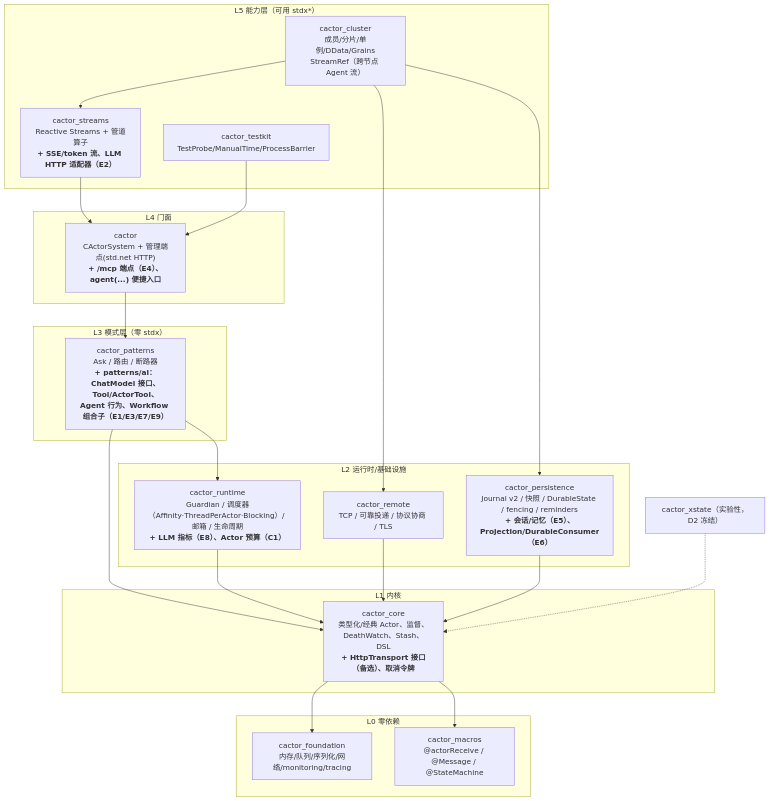
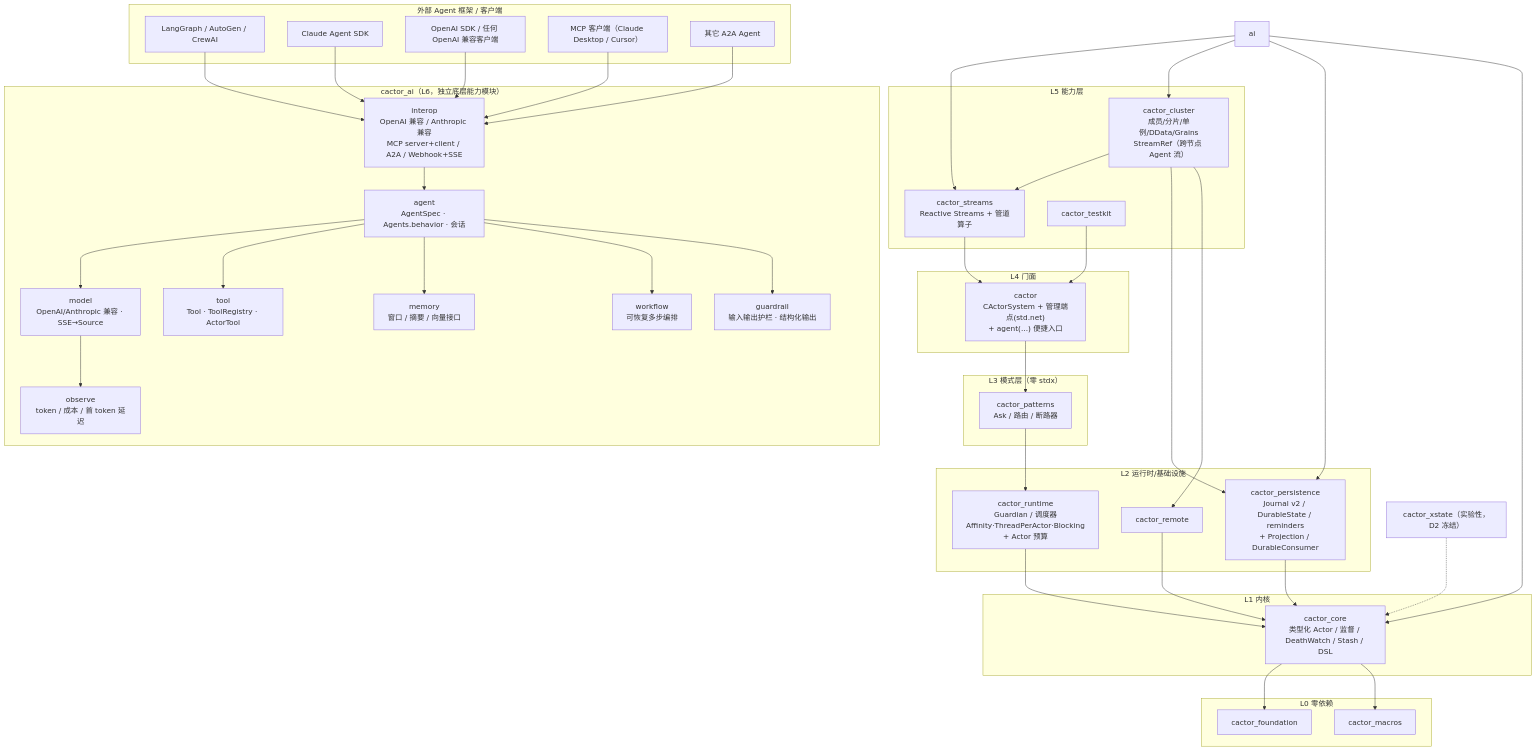
Before and after one commit to cangjielanguage-sig/cactor: the first of 4 diagrams in docs/plan/20261117-actor.md, drawn with Mermaid. The commit also changed other lines of this file, not shown here.

First line of the commit message:
docs: 计划 v3 —— AI 独立为 cactor_ai 底层模块，协议接入现有 Agent 框架，补 River 对照

````diff
--- a/docs/plan/20261117-actor.md
+++ b/docs/plan/20261117-actor.md
@@ -567,39 +658,76 @@
 ```mermaid
 graph TB
-    subgraph L5["L5 能力层（可用 stdx*）"]
-        streams["cactor_streams<br/>Reactive Streams + 管道算子<br/><b>+ SSE/token 流、LLM HTTP 适配器（E2）</b>"]
+    subgraph EXT["外部 Agent 框架 / 客户端"]
+        lg["LangGraph / AutoGen / CrewAI"]
+        cs["Claude Agent SDK"]
+        oai["OpenAI SDK / 任何 OpenAI 兼容客户端"]
+        mcp["MCP 客户端（Claude Desktop / Cursor）"]
+        a2a["其它 A2A Agent"]
+    end
+
+    subgraph AI["cactor_ai（L6，独立底层能力模块）"]
+        interop["interop<br/>OpenAI 兼容 / Anthropic 兼容<br/>MCP server+client / A2A / Webhook+SSE"]
+        agent["agent<br/>AgentSpec · Agents.behavior · 会话"]
+        model["model<br/>OpenAI/Anthropic 兼容 · SSE→Source"]
+        tool["tool<br/>Tool · ToolRegistry · ActorTool"]
+        memory["memory<br/>窗口 / 摘要 / 向量接口"]
+        wf["workflow<br/>可恢复多步编排"]
+        guard["guardrail<br/>输入输出护栏 · 结构化输出"]
+        obs["observe<br/>token / 成本 / 首 token 延迟"]
+    end
+
+    subgraph L5["L5 能力层"]
+        streams["cactor_streams<br/>Reactive Streams + 管道算子"]
         cluster["cactor_cluster<br/>成员/分片/单例/DData/Grains<br/>StreamRef（跨节点 Agent 流）"]
-        testkit["cactor_testkit<br/>TestProbe/ManualTime/ProcessBarrier"]
+        testkit["cactor_testkit"]
     end
     subgraph L4["L4 门面"]
-        cactor["cactor<br/>CActorSystem + 管理端点(std.net HTTP)<br/><b>+ /mcp 端点（E4）、agent(...) 便捷入口</b>"]
+        cactor["cactor<br/>CActorSystem + 管理端点(std.net)<br/>+ agent(...) 便捷入口"]
     end
     subgraph L3["L3 模式层（零 stdx）"]
-        patterns["cactor_patterns<br/>Ask / 路由 / 断路器<br/><b>+ patterns/ai：ChatModel 接口、Tool/ActorTool、Agent 行为、Workflow 组合子（E1/E3/E7/E9）</b>"]
+        patterns["cactor_patterns<br/>Ask / 路由 / 断路器"]
     end
     subgraph L2["L2 运行时/基础设施"]
-        runtime["cactor_runtime<br/>Guardian / 调度器（Affinity·ThreadPerActor·Blocking）/ 邮箱 / 生命周期<br/><b>+ LLM 指标（E8）、Actor 预算（C1）</b>"]
-        remote["cactor_remote<br/>TCP / 可靠投递 / 协议协商 / TLS"]
-        persistence["cactor_persistence<br/>Journal v2 / 快照 / DurableState / fencing / reminders<br/><b>+ 会话/记忆（E5）、Projection/DurableConsumer（E6）</b>"]
+        runtime["cactor_runtime<br/>Guardian / 调度器<br/>Affinity·ThreadPerActor·Blocking<br/>+ Actor 预算"]
+        remote["cactor_remote"]
+        persistence["cactor_persistence<br/>Journal v2 / DurableState / reminders<br/>+ Projection / DurableConsumer"]
     end
     subgraph L1["L1 内核"]
-        core["cactor_core<br/>类型化/经典 Actor、监督、DeathWatch、Stash、DSL<br/><b>+ HttpTransport 接口（备选）、取消令牌</b>"]
+        core["cactor_core<br/>类型化 Actor / 监督 / DeathWatch / Stash / DSL"]
     end
     subgraph L0["L0 零依赖"]
-        foundation["cactor_foundation<br/>内存/队列/序列化/网络/monitoring/tracing"]
-        macros["cactor_macros<br/>@actorReceive / @Message / @StateMachine"]
+        foundation["cactor_foundation"]
+        macros["cactor_macros"]
     end
 
-    streams --> cactor --> patterns --> runtime
-    patterns --> core
-    runtime --> core
-    remote --> core
-    persistence --> core
+    lg --> interop
+    cs --> interop
+    oai --> interop
+    mcp --> interop
+    a2a --> interop
+    interop --> agent
+    agent --> model
+    agent --> tool
+    agent --> memory
+    agent --> wf
+    agent --> guard
+    model --> obs
+
+    ai --> streams
+    ai --> cluster
+    ai --> persistence
+    ai --> core
+    streams --> cactor
     cluster --> streams
     cluster --> persistence
     cluster --> remote
-    testkit --> cactor
+    cactor --> patterns
+    patterns --> runtime
+    runtime --> core
+    persistence --> core
+    remote --> core
     core --> foundation
     core --> macros
+    testkit --> cactor
     xstate["cactor_xstate（实验性，D2 冻结）"] -.-> core
 ```
````
